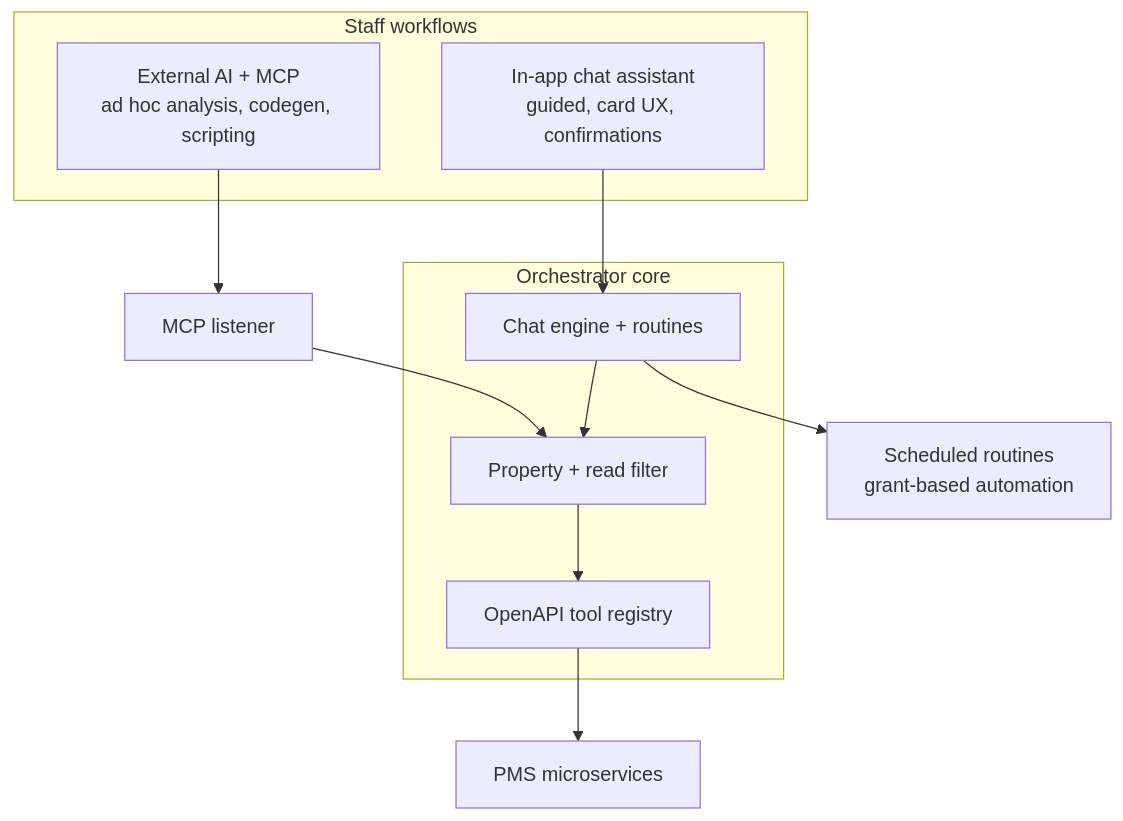
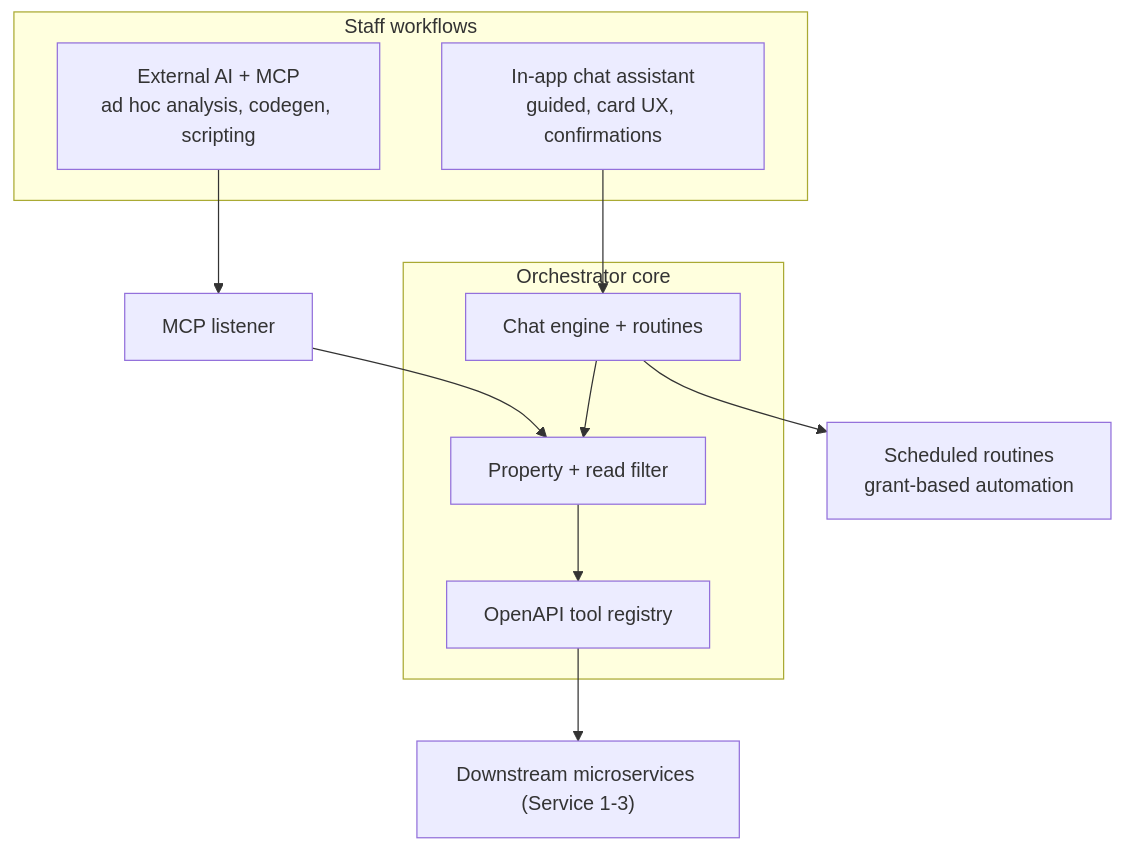
Before and after one commit to sahsisunny/Personal-Portfolio: the tenth of 10 diagrams in content/blog/hotel-pms-mcp-tool-server.mdx, drawn with Mermaid. The commit also changed other lines of this file and 5 other files, not shown here.

Commit message:
refactor(content): anonymize internal service names to Service 1/2/3 and fix sequence diagram syntax

````diff
--- a/content/blog/hotel-pms-mcp-tool-server.mdx
+++ b/content/blog/hotel-pms-mcp-tool-server.mdx
@@ -491,21 +491,21 @@
 ```mermaid
 flowchart TB
   subgraph Staff workflows
     WEB["In-app chat assistant<br/>guided, card UX, confirmations"]
     IDE["External AI + MCP<br/>ad hoc analysis, codegen, scripting"]
   end
 
   subgraph Core["Orchestrator core"]
     REG["OpenAPI tool registry"]
     POL["Property + read filter"]
     ENG["Chat engine + routines"]
   end
 
   WEB --> ENG
   IDE --> MCP["MCP listener"]
   MCP --> POL
   ENG --> POL
   POL --> REG
-  REG --> PMS["PMS microservices"]
+  REG --> PMS["Downstream microservices (Service 1-3)"]
   ENG --> RT["Scheduled routines<br/>grant-based automation"]
 ```
````
